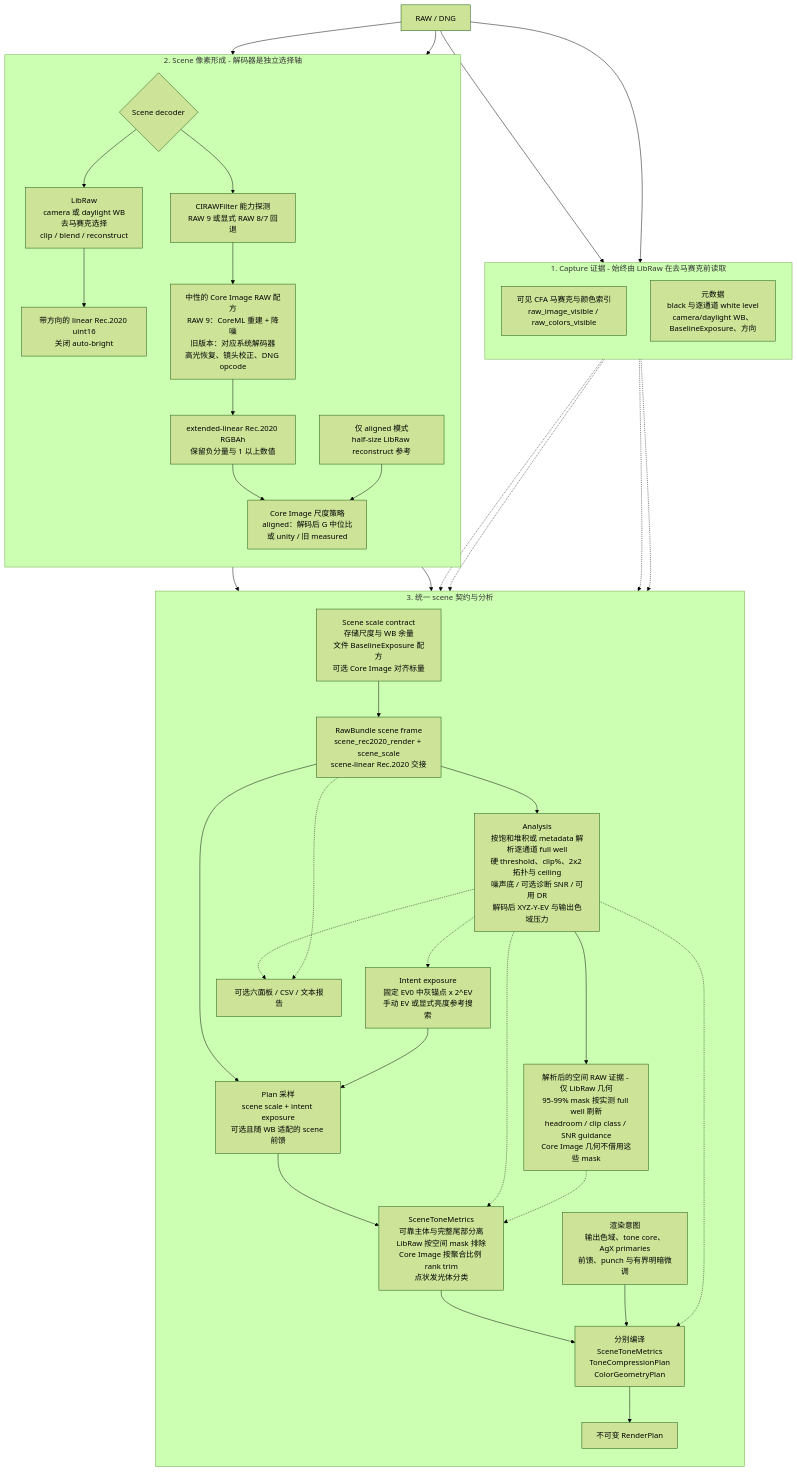
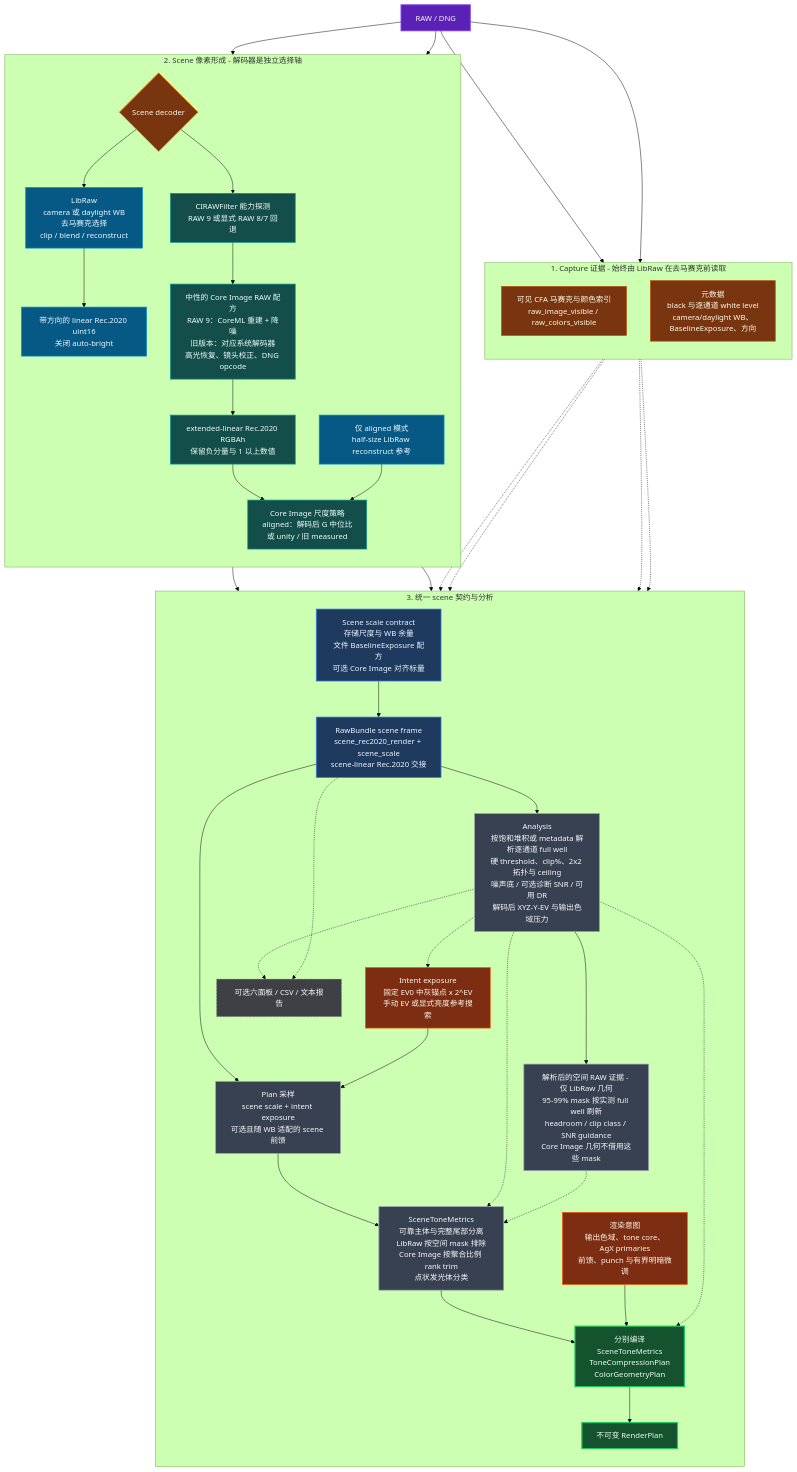
The first of 2 diagrams in README.zh-CN.md (deadwood1998/dngscan), drawn with Mermaid (forest theme) before and after one commit. The commit also changed other lines of this file and 2 other files, not shown here.

````diff
--- a/README.zh-CN.md
+++ b/README.zh-CN.md
@@ -111,4 +111,26 @@
     CFA -.-> SPATIAL
     META -.-> SCALE
     SCENE -.-> REPORTS
+
+    classDef source fill:#5b21b6,stroke:#7c3aed,stroke-width:2px,color:#f5f3ff
+    classDef evidence fill:#78350f,stroke:#b45309,stroke-width:1.5px,color:#fffbeb
+    classDef libraw fill:#075985,stroke:#0284c7,stroke-width:1.5px,color:#f0f9ff
+    classDef apple fill:#134e4a,stroke:#0d9488,stroke-width:1.5px,color:#f0fdfa
+    classDef pixels fill:#1e3a5f,stroke:#3b82f6,stroke-width:1.5px,color:#eff6ff
+    classDef contract fill:#374151,stroke:#9ca3af,stroke-width:1.5px,color:#f9fafb
+    classDef intent fill:#7c2d12,stroke:#ea580c,stroke-width:1.5px,color:#fff7ed
+    classDef plan fill:#14532d,stroke:#22c55e,stroke-width:2.5px,color:#f0fdf4
+    classDef aside fill:#3f3f46,stroke:#71717a,stroke-width:1px,color:#fafafa,stroke-dasharray:4 3
+    classDef choice fill:#78350f,stroke:#f59e0b,stroke-width:2px,color:#fffbeb
+
+    class RAW source
+    class SELECT choice
+    class CFA,META evidence
+    class LR,LRRGB,LRREF libraw
+    class CIPROBE,CI,CIRGB,ALIGN apple
+    class SCALE,SCENE pixels
+    class ANALYSIS,SPATIAL,METRICS,SAMPLE contract
+    class EV,CONTROLS intent
+    class COMPILE,PLAN plan
+    class REPORTS aside
 ```
````
